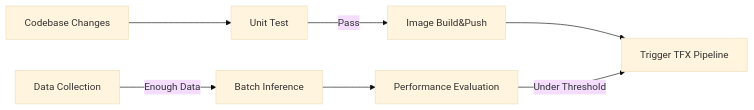
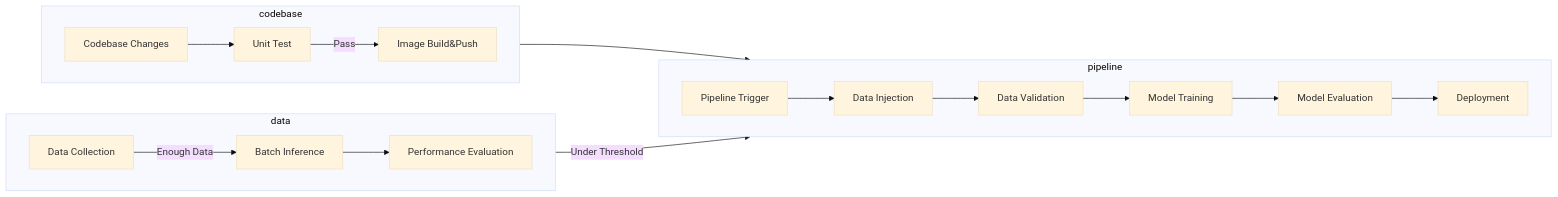
One commit to deep-diver/complete-mlops-system-workflow changed the diagram in README.md. Above: the diagram before and after it, drawn with Mermaid (base theme).

````diff
--- a/README.md
+++ b/README.md
@@ -7,10 +7,27 @@
 ```mermaid
-  graph LR;
+  flowchart LR;
+      subgraph codebase
+      direction LR
       A[Codebase Changes]-->B[Unit Test];
       B--Pass-->C[Image Build&Push];
-      C-->D[Trigger TFX Pipeline];
+      end
       
+      subgraph data
+      direction LR
       E[Data Collection]--Enough Data-->F[Batch Inference];
       F-->G[Performance Evaluation];
-      G--Under Threshold-->D;
+      end
+      
+      subgraph pipeline
+      direction LR
+      D[Pipeline Trigger]
+      -->H[Data Injection];
+      H-->I[Data Validation];
+      I-->J[Model Training];
+      J-->K[Model Evaluation];
+      K-->L[Deployment];
+      end
+      
+      codebase-->pipeline;
+      data--Under Threshold-->pipeline;
 ```
````
